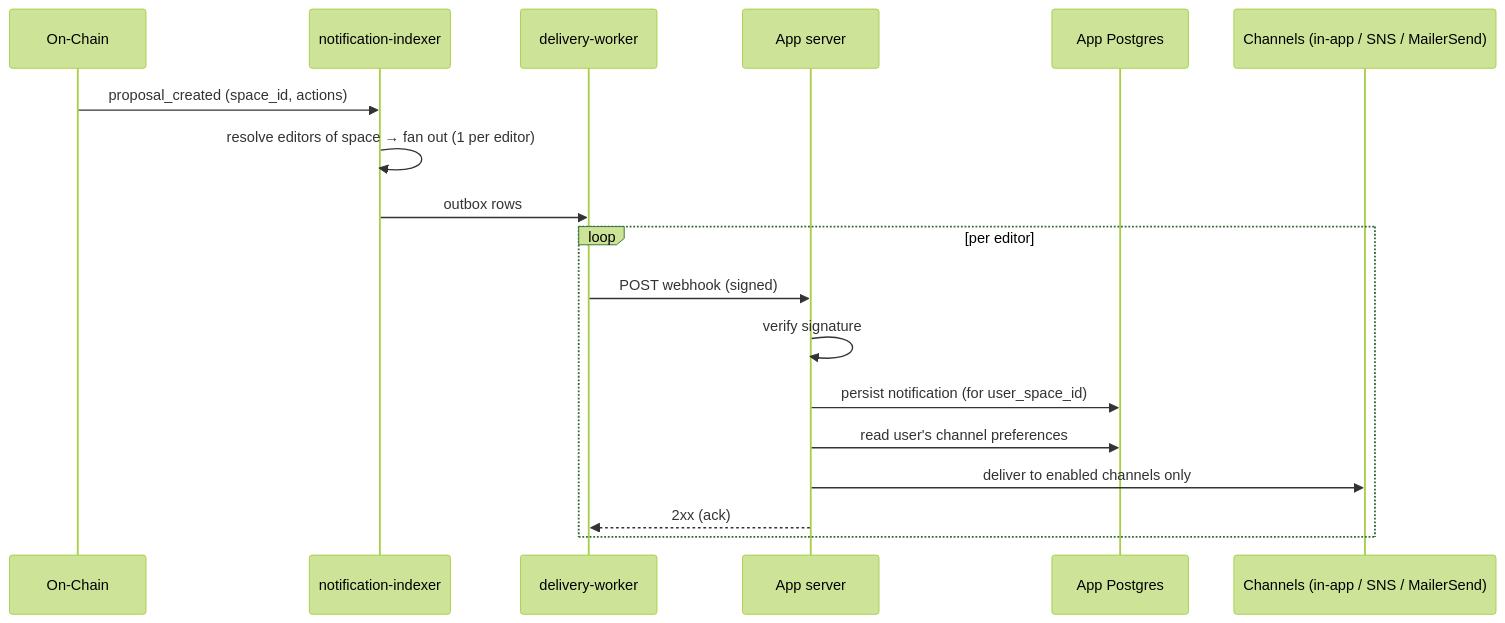
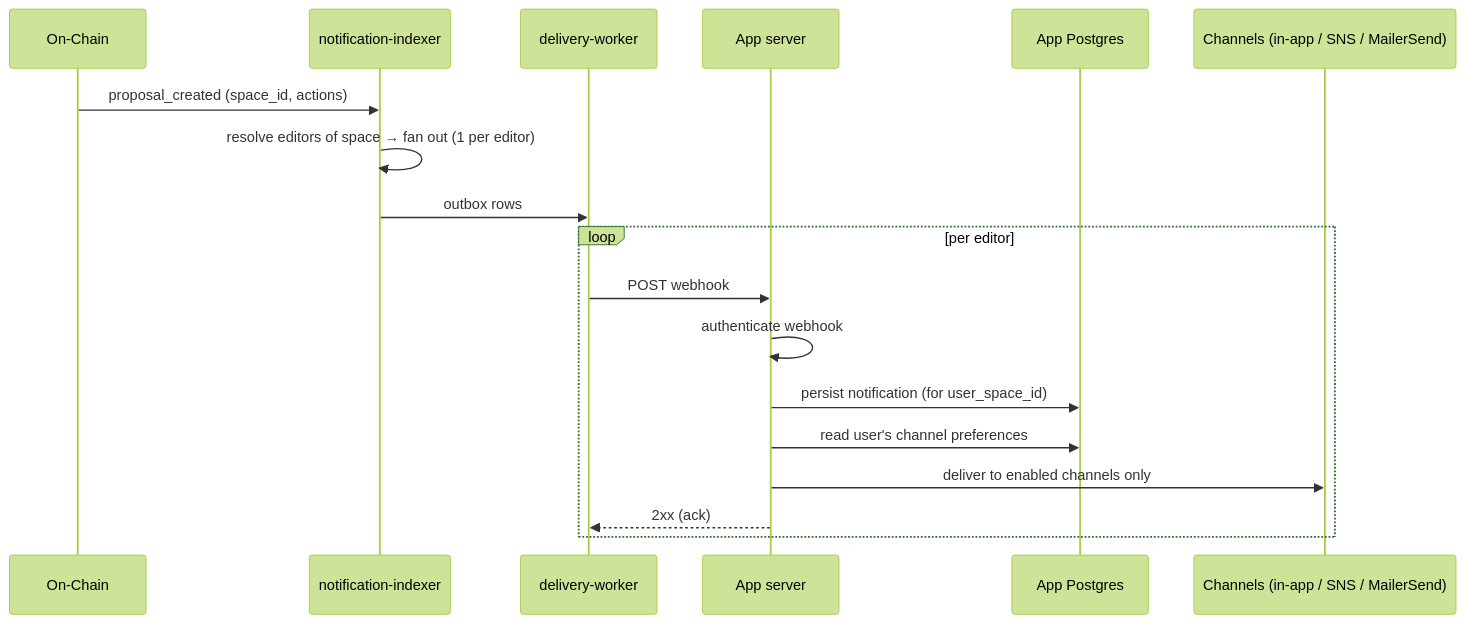
Before and after one commit to geobrowser/gaia: the second of 3 diagrams in docs/notifications-mvp-prd.md, drawn with Mermaid (forest theme). The commit also changed other lines of this file, not shown here.

First line of the commit message:
docs(notifications): drop HMAC/signature mechanics from PRD

````diff
--- a/docs/notifications-mvp-prd.md
+++ b/docs/notifications-mvp-prd.md
@@ -88,21 +88,21 @@
 ```mermaid
 sequenceDiagram
     participant Chain as On-Chain
     participant NI as notification-indexer
     participant DW as delivery-worker
     participant AS as App server
     participant DB as App Postgres
     participant CH as Channels (in-app / SNS / MailerSend)
 
     Chain->>NI: proposal_created (space_id, actions)
     NI->>NI: resolve editors of space → fan out (1 per editor)
     NI->>DW: outbox rows
     loop per editor
-        DW->>AS: POST webhook (signed)
-        AS->>AS: verify signature
+        DW->>AS: POST webhook
+        AS->>AS: authenticate webhook
         AS->>DB: persist notification (for user_space_id)
         AS->>DB: read user's channel preferences
         AS->>CH: deliver to enabled channels only
         AS-->>DW: 2xx (ack)
     end
 ```
````
